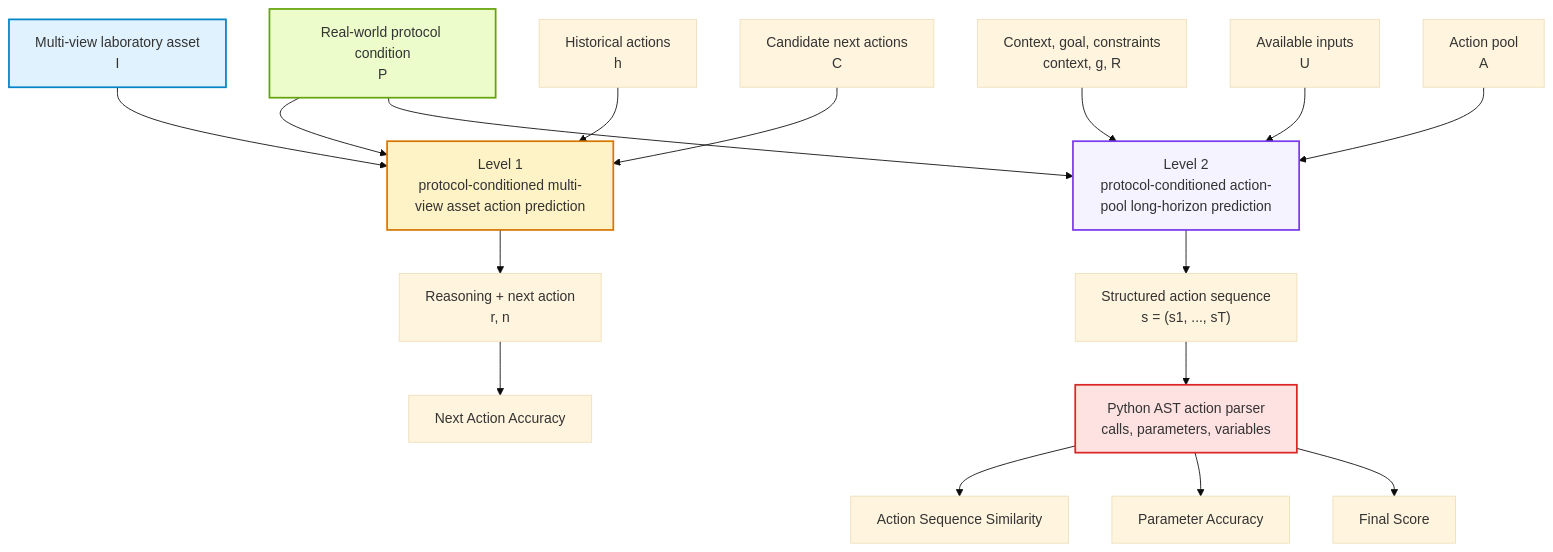
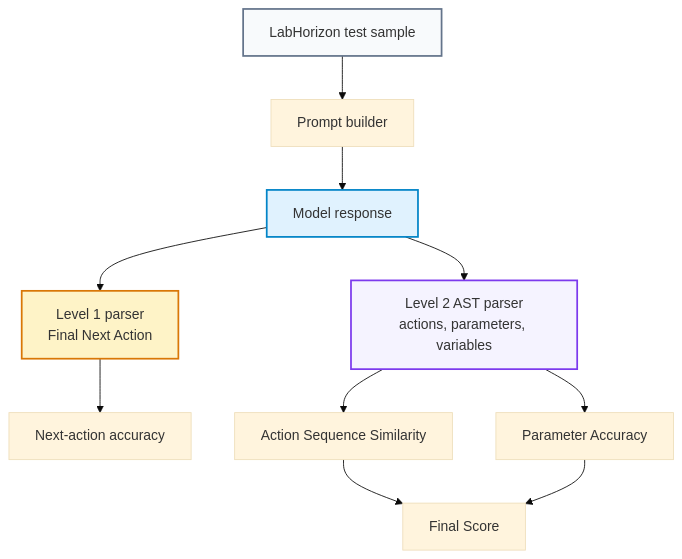
Before and after one commit to CongLab-Research/LabHorizon: the first of 2 diagrams in README.md, drawn with Mermaid (base theme). The commit also changed other lines of this file, not shown here.

Commit message:
Refine README section structure

````diff
--- a/README.md
+++ b/README.md
@@ -70,25 +111,17 @@
 ```mermaid
 flowchart TD
-    P["Real-world protocol condition<br/>P"] --> L1
-    P --> L2
-    I["Multi-view laboratory asset<br/>I"] --> L1["Level 1<br/>protocol-conditioned multi-view asset action prediction"]
-    H["Historical actions<br/>h"] --> L1
-    C["Candidate next actions<br/>C"] --> L1
-    L1 --> O1["Reasoning + next action<br/>r, n"]
-    O1 --> M1["Next Action Accuracy"]
+    S["LabHorizon test sample"] --> P["Prompt builder"]
+    P --> M["Model response"]
+    M --> L1["Level 1 parser<br/>Final Next Action"]
+    M --> L2["Level 2 AST parser<br/>actions, parameters, variables"]
+    L1 --> A["Next-action accuracy"]
+    L2 --> B["Action Sequence Similarity"]
+    L2 --> C["Parameter Accuracy"]
+    B --> F["Final Score"]
+    C --> F
 
-    CTX["Context, goal, constraints<br/>context, g, R"] --> L2["Level 2<br/>protocol-conditioned action-pool long-horizon prediction"]
-    U["Available inputs<br/>U"] --> L2
-    AP["Action pool<br/>A"] --> L2
-    L2 --> O2["Structured action sequence<br/>s = (s1, ..., sT)"]
-    O2 --> AST["Python AST action parser<br/>calls, parameters, variables"]
-    AST --> M2["Action Sequence Similarity"]
-    AST --> M3["Parameter Accuracy"]
-    AST --> M4["Final Score"]
-
-    style P fill:#ecfccb,stroke:#65a30d,stroke-width:2px
-    style I fill:#e0f2fe,stroke:#0284c7,stroke-width:2px
+    style S fill:#f8fafc,stroke:#64748b,stroke-width:2px
+    style M fill:#e0f2fe,stroke:#0284c7,stroke-width:2px
     style L1 fill:#fef3c7,stroke:#d97706,stroke-width:2px
     style L2 fill:#f5f3ff,stroke:#7c3aed,stroke-width:2px
-    style AST fill:#fee2e2,stroke:#dc2626,stroke-width:2px
 ```
````
